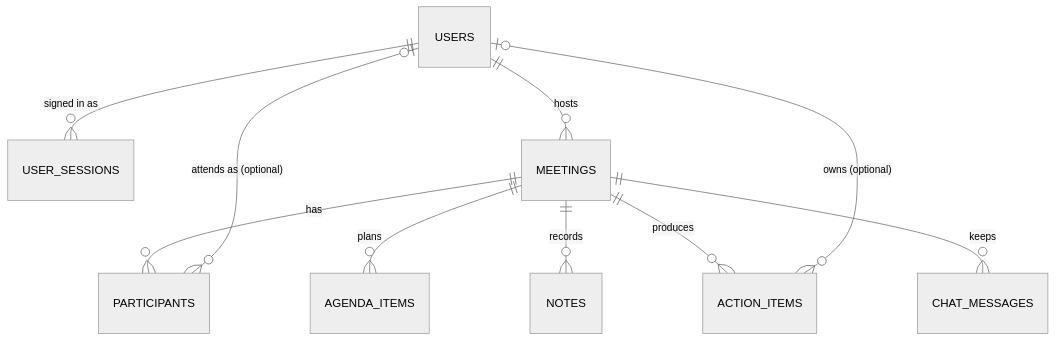
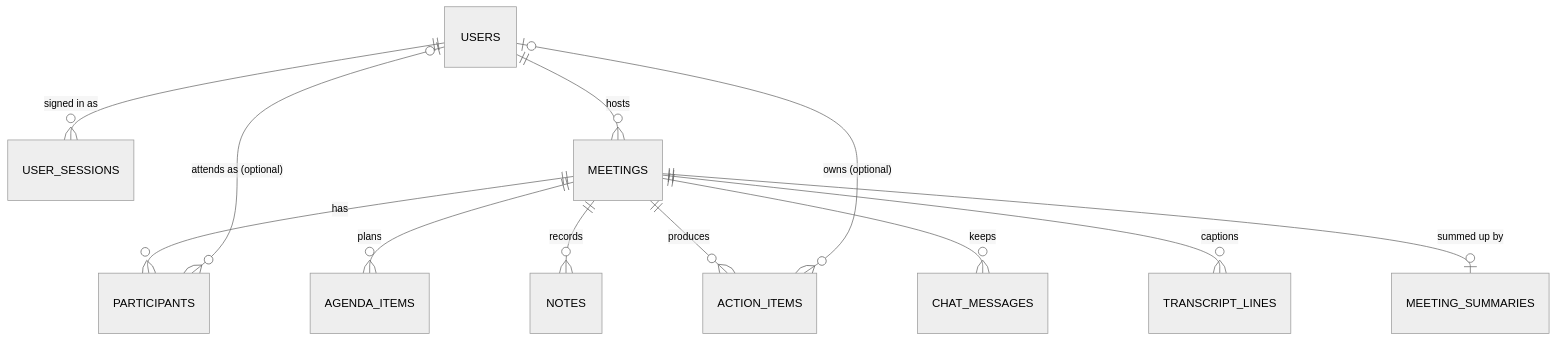
The diagram in README.md (jpriyansh2005/Huddle-Flow), drawn with Mermaid (neutral theme) before and after one commit. The commit also changed other lines of this file and 39 other files, not shown here.

First line of the commit message:
feat: live captions and AI meeting summaries

````diff
--- a/README.md
+++ b/README.md
@@ -267,12 +281,14 @@
 ```mermaid
 erDiagram
     USERS ||--o{ USER_SESSIONS : "signed in as"
     USERS ||--o{ MEETINGS : hosts
     MEETINGS ||--o{ PARTICIPANTS : has
     MEETINGS ||--o{ AGENDA_ITEMS : plans
     MEETINGS ||--o{ NOTES : records
     MEETINGS ||--o{ ACTION_ITEMS : produces
     MEETINGS ||--o{ CHAT_MESSAGES : keeps
+    MEETINGS ||--o{ TRANSCRIPT_LINES : captions
+    MEETINGS ||--o| MEETING_SUMMARIES : "summed up by"
     USERS |o--o{ PARTICIPANTS : "attends as (optional)"
     USERS |o--o{ ACTION_ITEMS : "owns (optional)"
 ```
````
